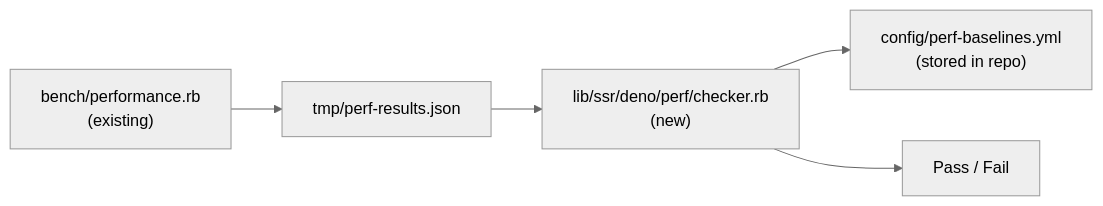
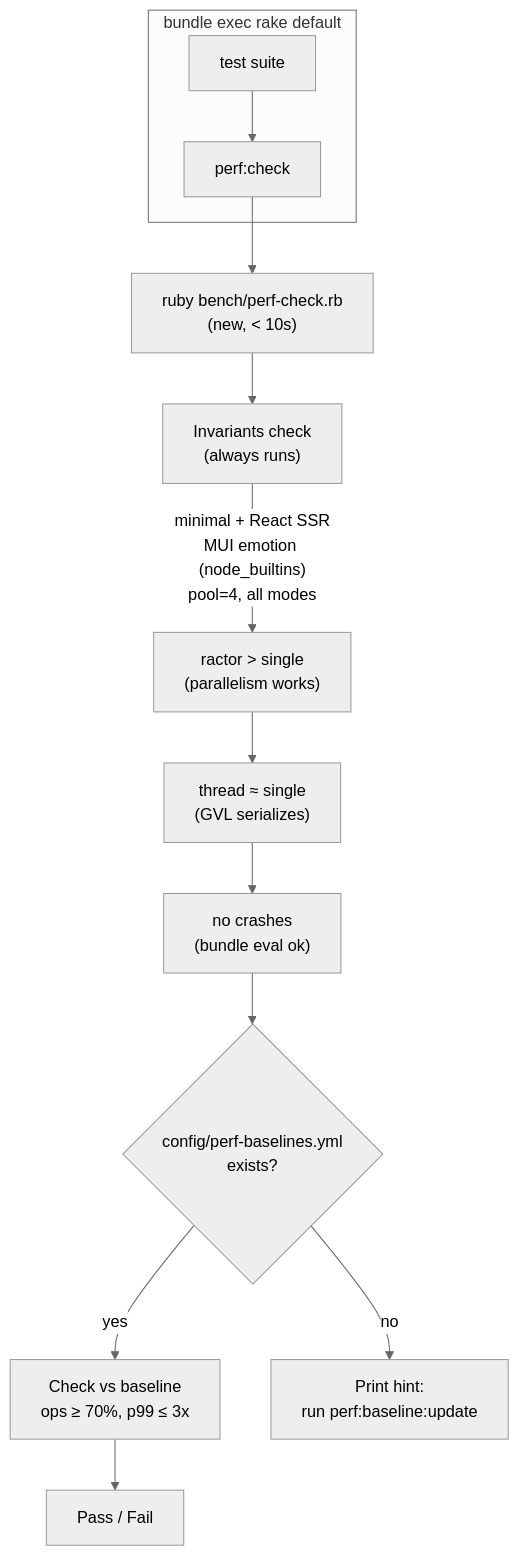
One commit to mdesantis/ssr-deno changed the first of 2 diagrams in plans/performance-regression-tests.md. Above: the diagram before and after it, drawn with Mermaid (neutral theme). The commit also changed other lines of this file and 5 other files, not shown here.

First line of the commit message:
feat: add perf regression CI gate with invariants and baselines

````diff
--- a/plans/performance-regression-tests.md
+++ b/plans/performance-regression-tests.md
@@ -17,7 +22,16 @@
 ```mermaid
-graph LR
-    B["bench/performance.rb<br/>(existing)"] --> J["tmp/perf-results.json"]
-    J --> C["lib/ssr/deno/perf/checker.rb<br/>(new)"]
-    C --> BL["config/perf-baselines.yml<br/>(stored in repo)"]
-    C --> R["Pass / Fail"]
+graph TD
+    subgraph "bundle exec rake default"
+        T["test suite"] --> P["perf:check"]
+    end
+    P --> S["ruby bench/perf-check.rb<br/>(new, < 10s)"]
+    S --> I["Invariants check<br/>(always runs)"]
+    I -->|"minimal + React SSR<br/>MUI emotion (node_builtins)<br/>pool=4, all modes"| I1
+    I1["ractor > single<br/>(parallelism works)"]
+    I1 --> I2["thread ≈ single<br/>(GVL serializes)"]
+    I2 --> I3["no crashes<br/>(bundle eval ok)"]
+    I3 --> BL{"config/perf-baselines.yml<br/>exists?"}
+    BL -->|yes| B["Check vs baseline<br/>ops ≥ 70%, p99 ≤ 3x"]
+    BL -->|no| S1["Print hint:<br/>run perf:baseline:update"]
+    B --> R["Pass / Fail"]
 ```
````
